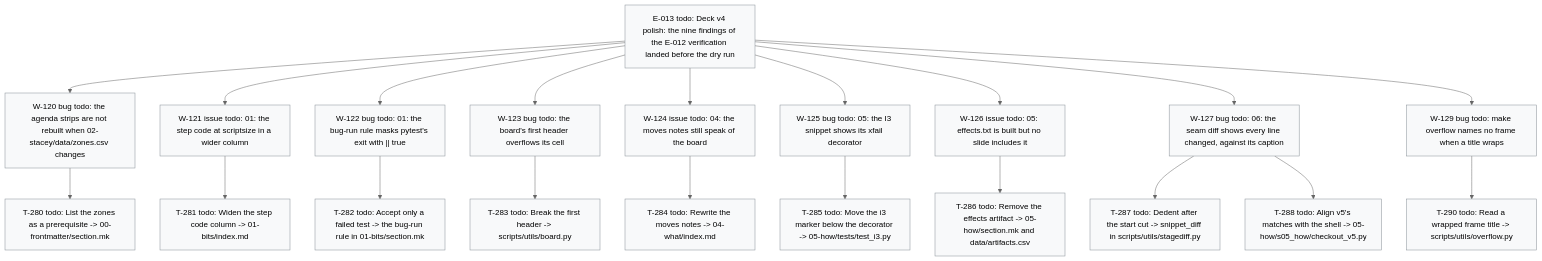
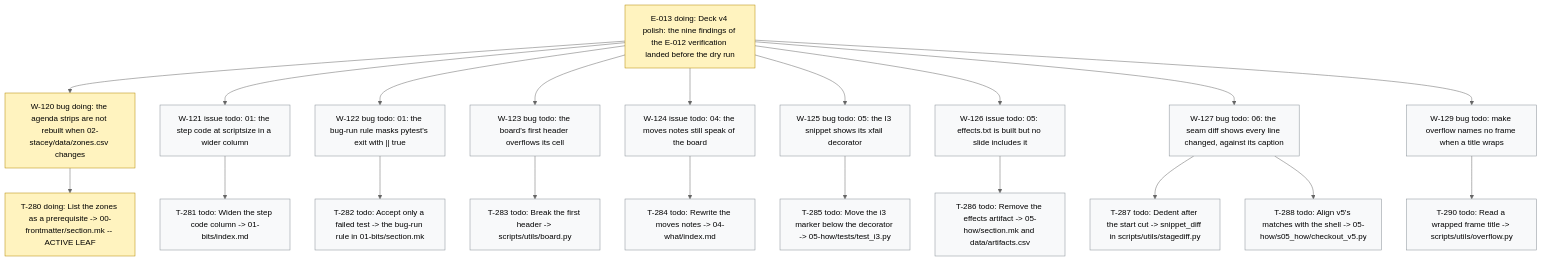
One commit to dpopchev/chaos-to-simple changed the diagram in .board/BOARD.md. Above: the diagram before and after it, drawn with Mermaid (neutral theme). The commit also changed other lines of this file and 3 other files, not shown here.

````diff
--- a/.board/BOARD.md
+++ b/.board/BOARD.md
@@ -729,29 +729,30 @@
 ```mermaid
 flowchart TD
-  E013["E-013 todo: Deck v4 polish: the nine findings of the E-012 verification landed before the dry run"]
-  E013 --> W120["W-120 bug todo: the agenda strips are not rebuilt when 02-stacey/data/zones.csv changes"]
-  W120 --> T280["T-280 todo: List the zones as a prerequisite -> 00-frontmatter/section.mk"]
+  E013["E-013 doing: Deck v4 polish: the nine findings of the E-012 verification landed before the dry run"]
+  E013 --> W120["W-120 bug doing: the agenda strips are not rebuilt when 02-stacey/data/zones.csv changes"]
+  W120 --> T280["T-280 doing: List the zones as a prerequisite -> 00-frontmatter/section.mk -- ACTIVE LEAF"]
   E013 --> W121["W-121 issue todo: 01: the step code at scriptsize in a wider column"]
   W121 --> T281["T-281 todo: Widen the step code column -> 01-bits/index.md"]
   E013 --> W122["W-122 bug todo: 01: the bug-run rule masks pytest's exit with || true"]
   W122 --> T282["T-282 todo: Accept only a failed test -> the bug-run rule in 01-bits/section.mk"]
   E013 --> W123["W-123 bug todo: the board's first header overflows its cell"]
   W123 --> T283["T-283 todo: Break the first header -> scripts/utils/board.py"]
   E013 --> W124["W-124 issue todo: 04: the moves notes still speak of the board"]
   W124 --> T284["T-284 todo: Rewrite the moves notes -> 04-what/index.md"]
   E013 --> W125["W-125 bug todo: 05: the I3 snippet shows its xfail decorator"]
   W125 --> T285["T-285 todo: Move the i3 marker below the decorator -> 05-how/tests/test_i3.py"]
   E013 --> W126["W-126 issue todo: 05: effects.txt is built but no slide includes it"]
   W126 --> T286["T-286 todo: Remove the effects artifact -> 05-how/section.mk and data/artifacts.csv"]
   E013 --> W127["W-127 bug todo: 06: the seam diff shows every line changed, against its caption"]
   W127 --> T287["T-287 todo: Dedent after the start cut -> snippet_diff in scripts/utils/stagediff.py"]
   W127 --> T288["T-288 todo: Align v5's matches with the shell -> 05-how/s05_how/checkout_v5.py"]
   E013 --> W129["W-129 bug todo: make overflow names no frame when a title wraps"]
   W129 --> T290["T-290 todo: Read a wrapped frame title -> scripts/utils/overflow.py"]
   classDef doing fill:#fff3bf,stroke:#b58900,color:#000;
   classDef blocked fill:#ffe3e3,stroke:#c92a2a,color:#000;
   classDef done fill:#e6ffed,stroke:#2b8a3e,color:#000;
   classDef todo fill:#f8f9fa,stroke:#868e96,color:#000;
   classDef pruned fill:#f1f3f5,stroke:#adb5bd,color:#000;
-  class E013,W120,T280,W121,T281,W122,T282,W123,T283,W124,T284,W125,T285,W126,T286,W127,T287,T288,W129,T290 todo
+  class E013,W120,T280 doing
+  class W121,T281,W122,T282,W123,T283,W124,T284,W125,T285,W126,T286,W127,T287,T288,W129,T290 todo
 ```
````
